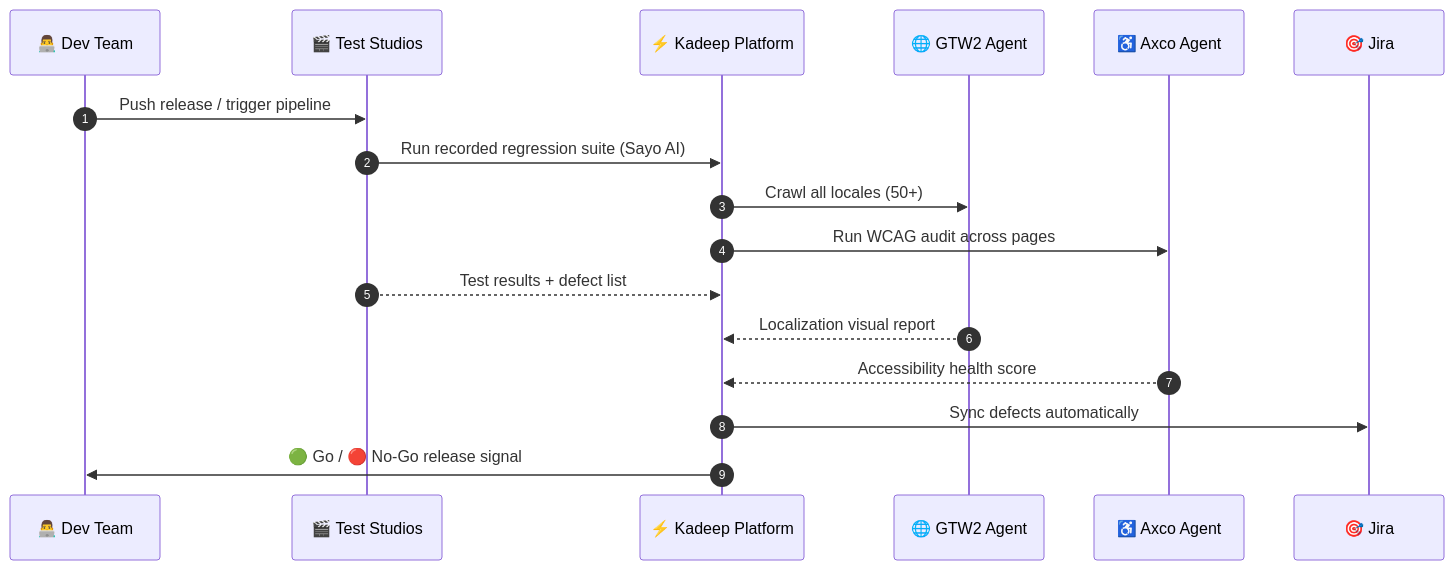
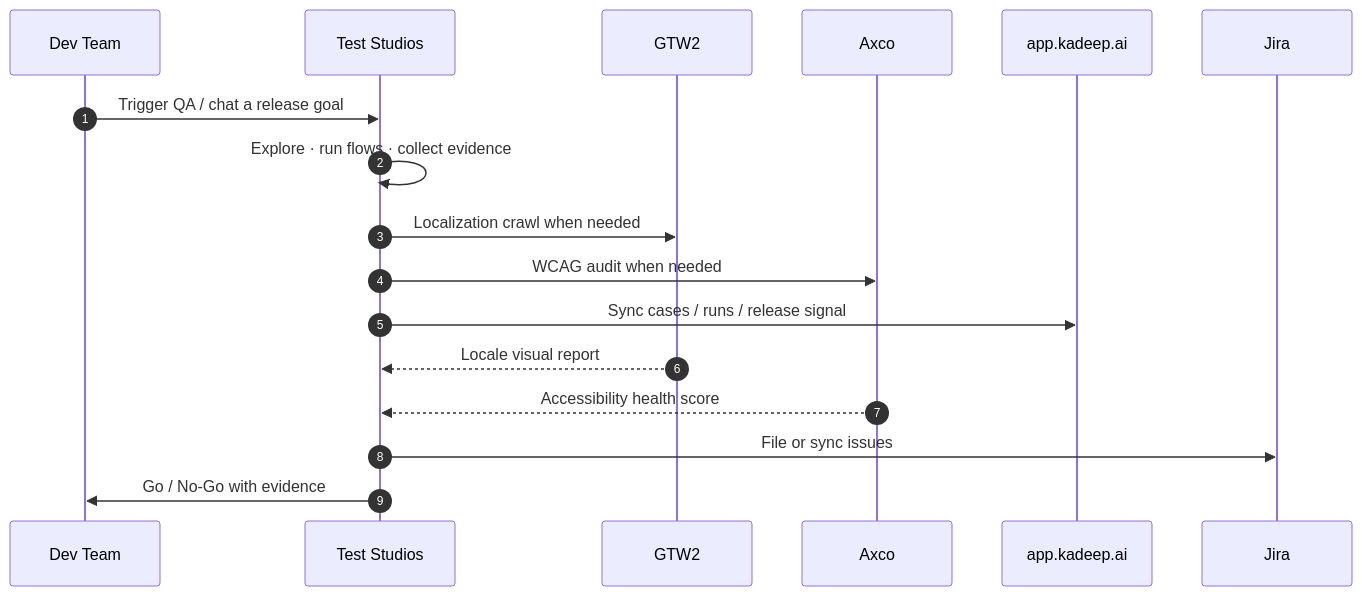
One commit to kadeep-ai/.github changed the second of 3 diagrams in profile/README.md. Above: the diagram before and after it, drawn with Mermaid. The commit also changed other lines of this file, not shown here.

````diff
--- a/profile/README.md
+++ b/profile/README.md
@@ -188,22 +195,21 @@
 ```mermaid
 sequenceDiagram
     autonumber
-    participant Dev as 👨‍💻 Dev Team
-    participant TS as 🎬 Test Studios
-    participant K as ⚡ Kadeep Platform
-    participant GTW2 as 🌐 GTW2 Agent
-    participant Axco as ♿ Axco Agent
-    participant Jira as 🎯 Jira
+    participant Dev as Dev Team
+    participant TS as Test Studios
+    participant GTW2 as GTW2
+    participant Axco as Axco
+    participant TMS as app.kadeep.ai
+    participant Jira as Jira
 
-    Dev->>TS: Push release / trigger pipeline
-    TS->>K: Run recorded regression suite (Sayo AI)
-    K->>GTW2: Crawl all locales (50+)
-    K->>Axco: Run WCAG audit across pages
+    Dev->>TS: Trigger QA / chat a release goal
+    TS->>TS: Explore · run flows · collect evidence
+    TS->>GTW2: Localization crawl when needed
+    TS->>Axco: WCAG audit when needed
+    TS->>TMS: Sync cases / runs / release signal
 
-    TS-->>K: Test results + defect list
-    GTW2-->>K: Localization visual report
-    Axco-->>K: Accessibility health score
-
-    K->>Jira: Sync defects automatically
-    K->>Dev: 🟢 Go / 🔴 No-Go release signal
+    GTW2-->>TS: Locale visual report
+    Axco-->>TS: Accessibility health score
+    TS->>Jira: File or sync issues
+    TS->>Dev: Go / No-Go with evidence
 ```
````
